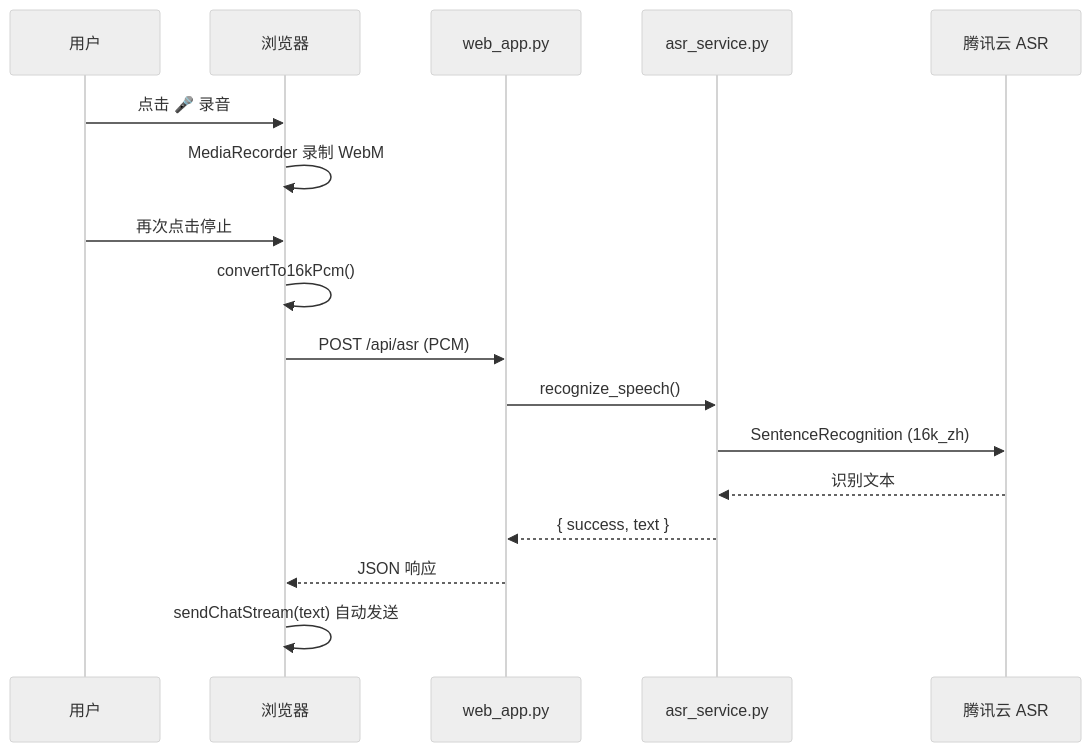
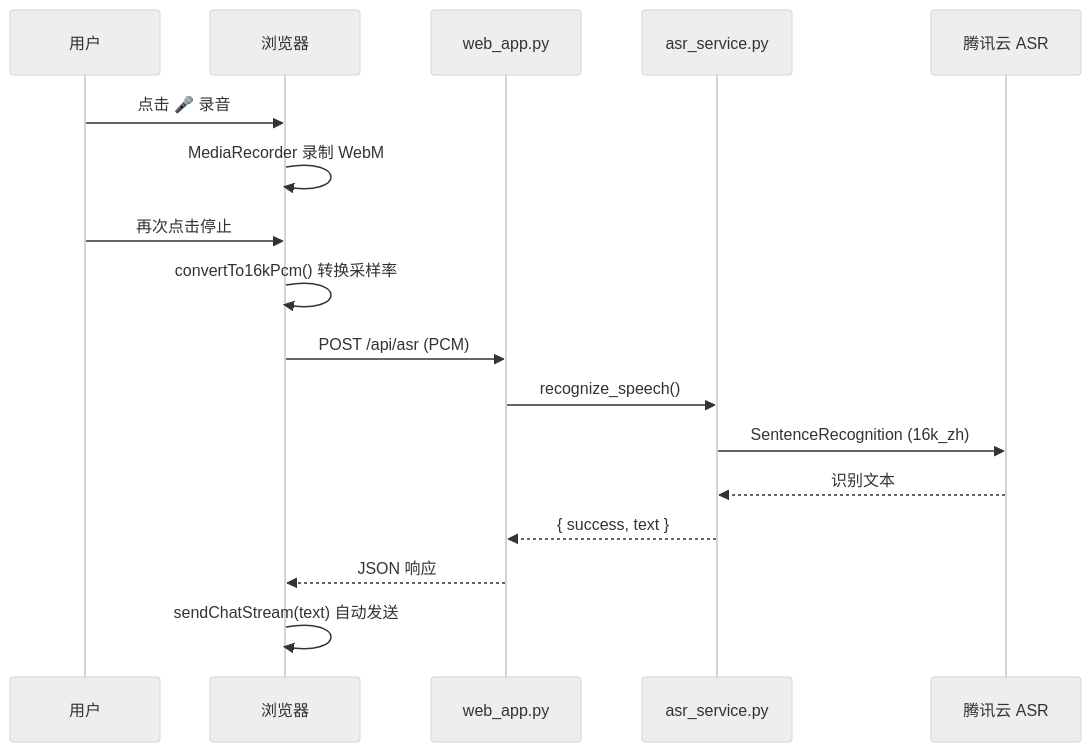
Before and after one commit to yaqian96/-agent: the first of 2 diagrams in README.md, drawn with Mermaid (neutral theme). The commit also changed other lines of this file and 4 other files, not shown here.

First line of the commit message:
Refactor chat flow to explicit LangChain Runnable chains.

````diff
--- a/README.md
+++ b/README.md
@@ -173,20 +264,20 @@
 ```mermaid
 sequenceDiagram
     participant User as 用户
     participant Browser as 浏览器
     participant Flask as web_app.py
     participant ASR as asr_service.py
     participant Tencent as 腾讯云 ASR
 
     User->>Browser: 点击 🎤 录音
     Browser->>Browser: MediaRecorder 录制 WebM
     User->>Browser: 再次点击停止
-    Browser->>Browser: convertTo16kPcm()
+    Browser->>Browser: convertTo16kPcm() 转换采样率
     Browser->>Flask: POST /api/asr (PCM)
     Flask->>ASR: recognize_speech()
     ASR->>Tencent: SentenceRecognition (16k_zh)
     Tencent-->>ASR: 识别文本
     ASR-->>Flask: { success, text }
     Flask-->>Browser: JSON 响应
     Browser->>Browser: sendChatStream(text) 自动发送
 ```
````
